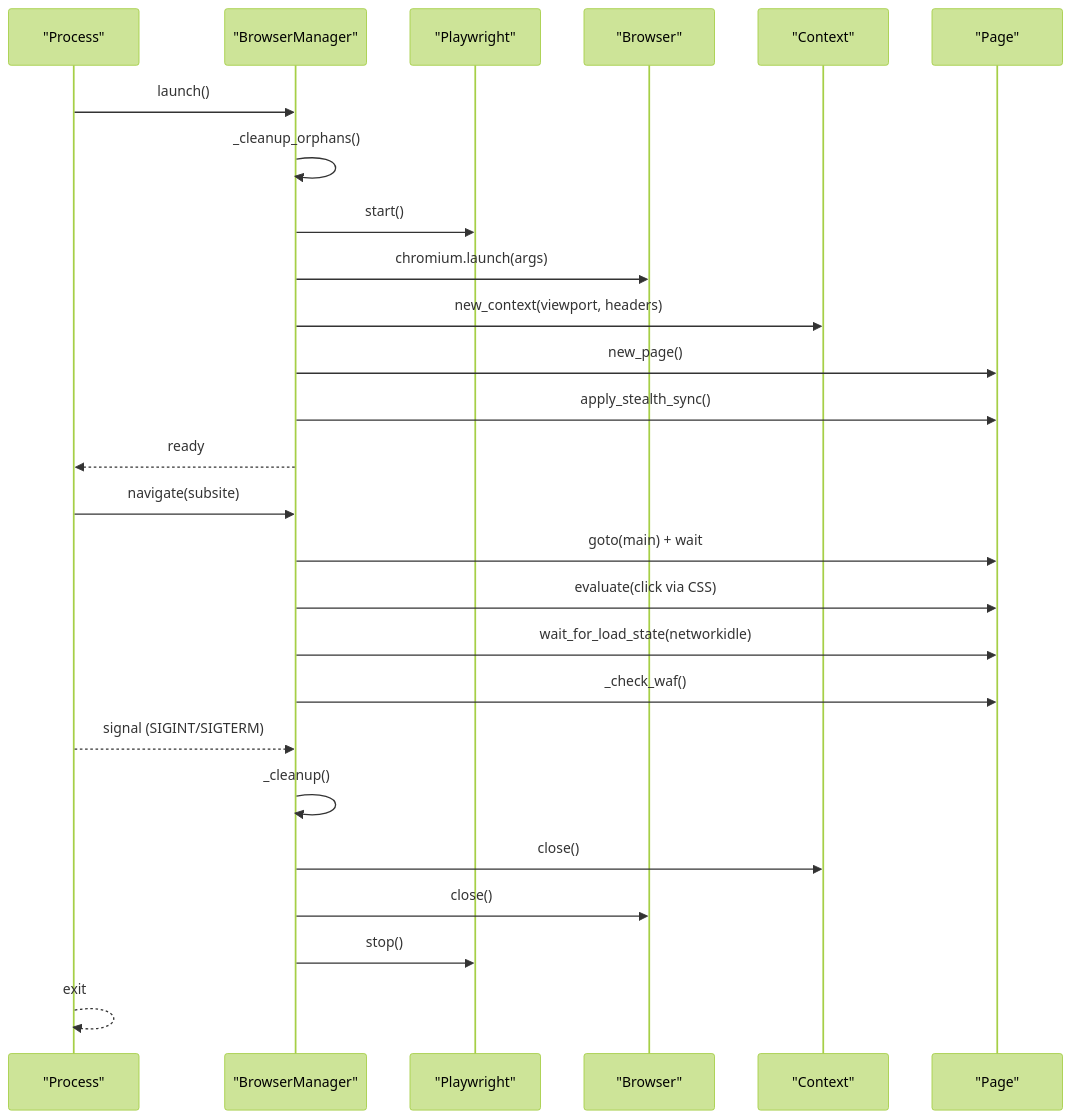
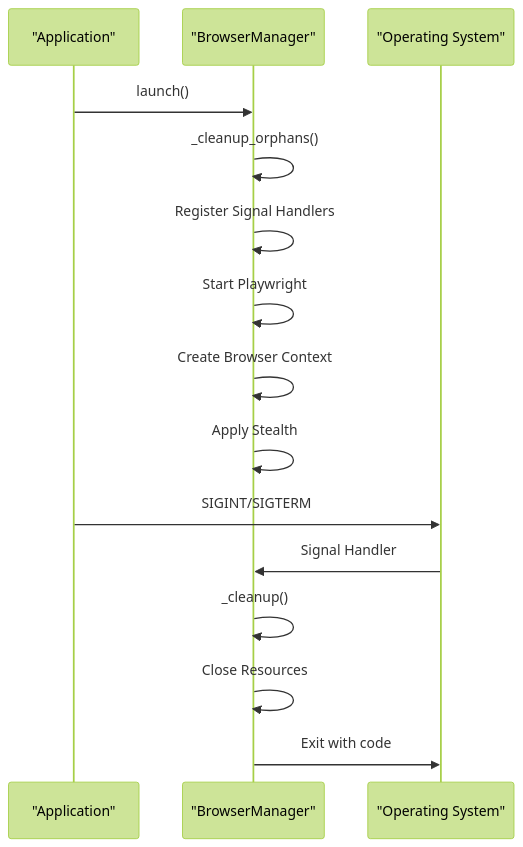
The fifth of 6 diagrams in .qoder/repowiki/en/content/Core Architecture/Browser Automation System.md (supotato-ipj/zxgk_auto_query-skill), drawn with Mermaid (forest theme) before and after one commit. The commit also changed other lines of this file and 24 other files, not shown here.

First line of the commit message:
fix(async): 修复 Playwright Sync API 与 asyncio event loop 冲突

````diff
--- a/.qoder/repowiki/en/content/Core Architecture/Browser Automation System.md
+++ b/.qoder/repowiki/en/content/Core Architecture/Browser Automation System.md
@@ -250,28 +273,17 @@
 ```mermaid
 sequenceDiagram
-participant Proc as "Process"
+participant App as "Application"
 participant BM as "BrowserManager"
-participant PW as "Playwright"
-participant Br as "Browser"
-participant Ctx as "Context"
-participant Pg as "Page"
-Proc->>BM : launch()
+participant OS as "Operating System"
+App->>BM : launch()
 BM->>BM : _cleanup_orphans()
-BM->>PW : start()
-BM->>Br : chromium.launch(args)
-BM->>Ctx : new_context(viewport, headers)
-BM->>Pg : new_page()
-BM->>Pg : apply_stealth_sync()
-BM-->>Proc : ready
-Proc->>BM : navigate(subsite)
-BM->>Pg : goto(main) + wait
-BM->>Pg : evaluate(click via CSS)
-BM->>Pg : wait_for_load_state(networkidle)
-BM->>Pg : _check_waf()
-Proc-->>BM : signal (SIGINT/SIGTERM)
+BM->>BM : Register Signal Handlers
+BM->>BM : Start Playwright
+BM->>BM : Create Browser Context
+BM->>BM : Apply Stealth
+App->>OS : SIGINT/SIGTERM
+OS->>BM : Signal Handler
 BM->>BM : _cleanup()
-BM->>Ctx : close()
-BM->>Br : close()
-BM->>PW : stop()
-Proc-->>Proc : exit
+BM->>BM : Close Resources
+BM->>OS : Exit with code
 ```
````
